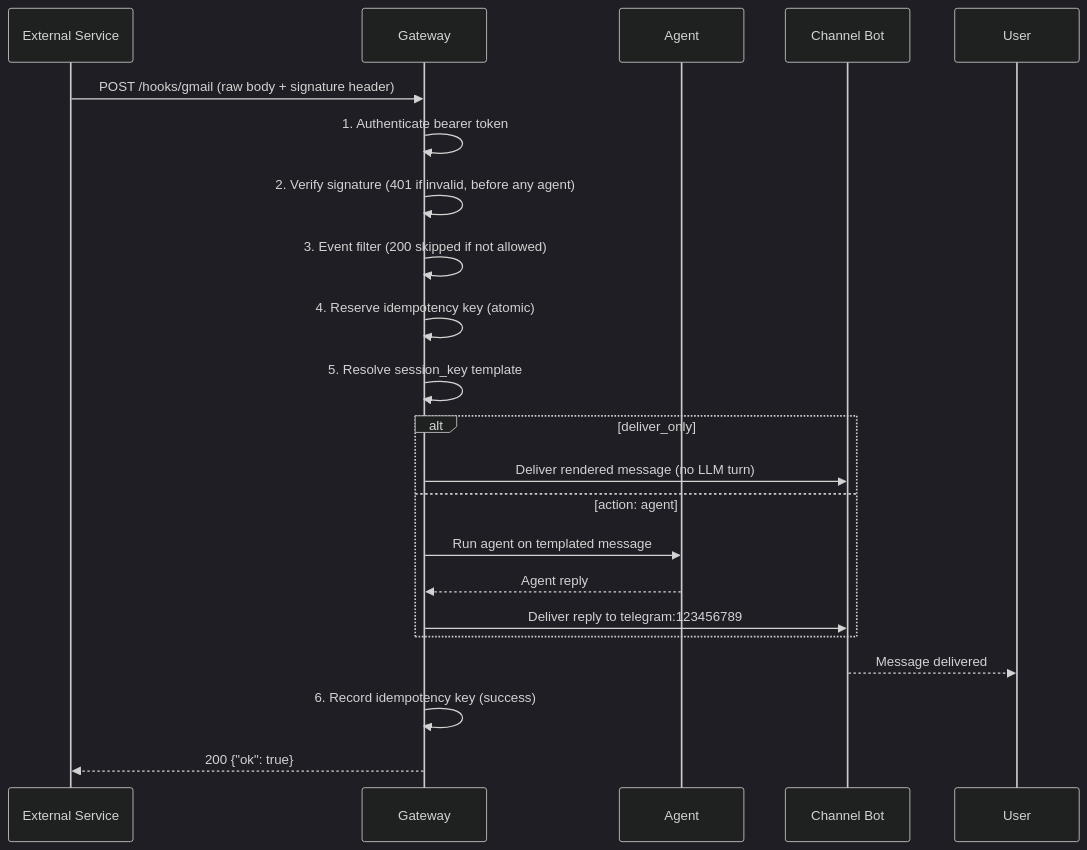
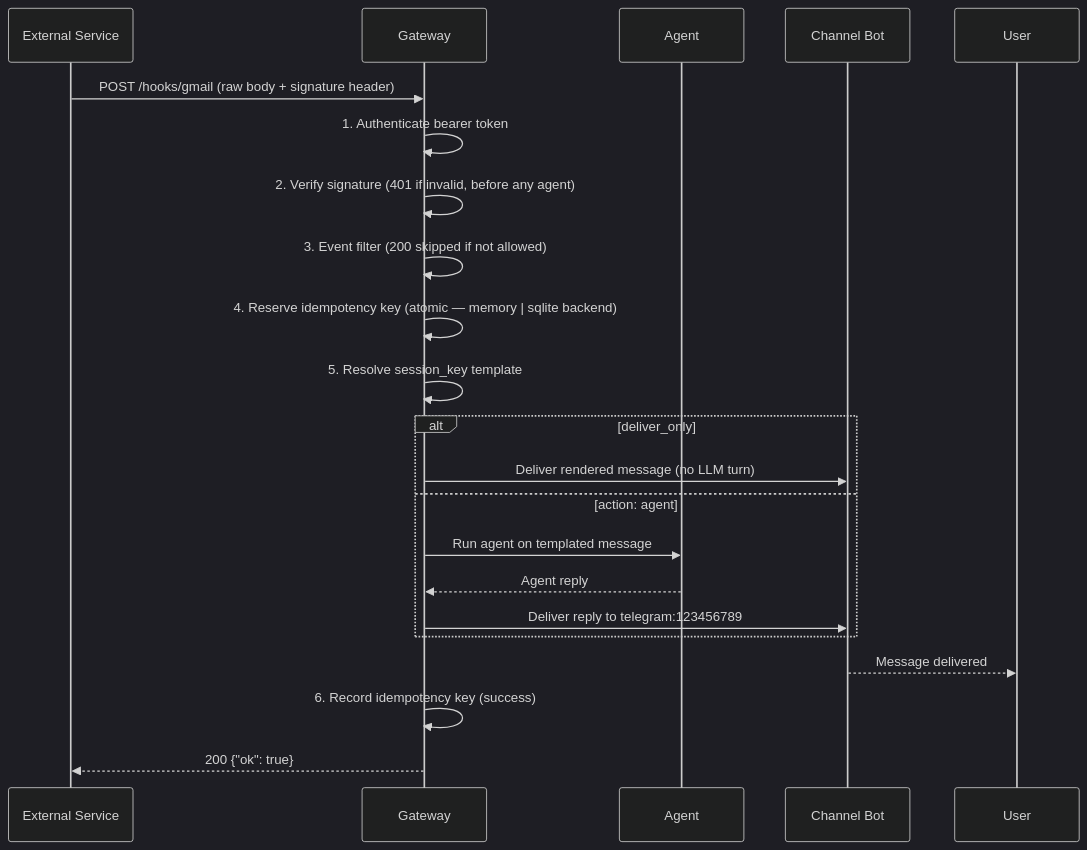
The second of 4 diagrams in docs/features/gateway-inbound-hooks.mdx (MervinPraison/PraisonAIDocs), drawn with Mermaid (dark theme) before and after one commit. The commit also changed other lines of this file and 1 other file, not shown here.

Commit message:
docs: surface durable SQLite idempotency backend for gateway inbound hooks (fixes #3197)

````diff
--- a/docs/features/gateway-inbound-hooks.mdx
+++ b/docs/features/gateway-inbound-hooks.mdx
@@ -139,25 +139,25 @@
 ```mermaid
 sequenceDiagram
     participant ES as External Service
     participant GW as Gateway
     participant AG as Agent
     participant CB as Channel Bot
     participant US as User
 
     ES->>GW: POST /hooks/gmail (raw body + signature header)
     GW->>GW: 1. Authenticate bearer token
     GW->>GW: 2. Verify signature (401 if invalid, before any agent)
     GW->>GW: 3. Event filter (200 skipped if not allowed)
-    GW->>GW: 4. Reserve idempotency key (atomic)
+    GW->>GW: 4. Reserve idempotency key (atomic — memory | sqlite backend)
     GW->>GW: 5. Resolve session_key template
     alt deliver_only
         GW->>CB: Deliver rendered message (no LLM turn)
     else action: agent
         GW->>AG: Run agent on templated message
         AG-->>GW: Agent reply
         GW->>CB: Deliver reply to telegram:123456789
     end
     CB-->>US: Message delivered
     GW->>GW: 6. Record idempotency key (success)
     GW-->>ES: 200 {"ok": true}
 ```
````
